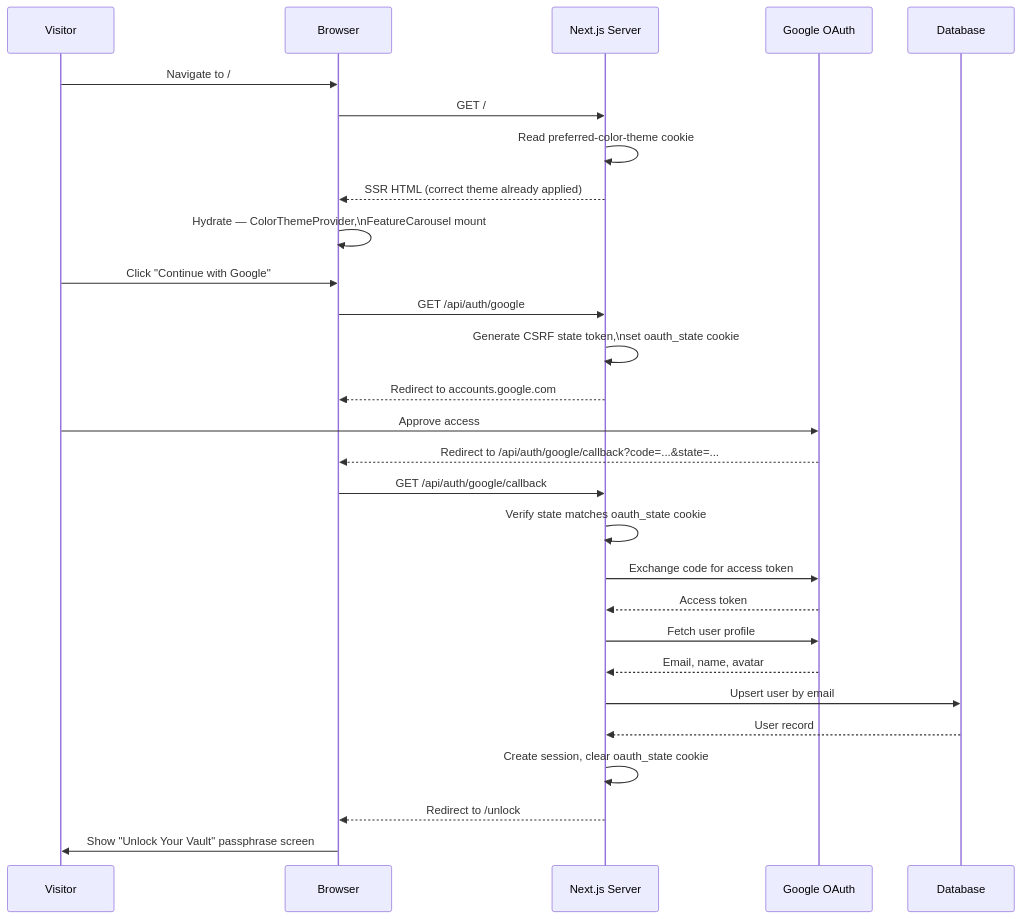
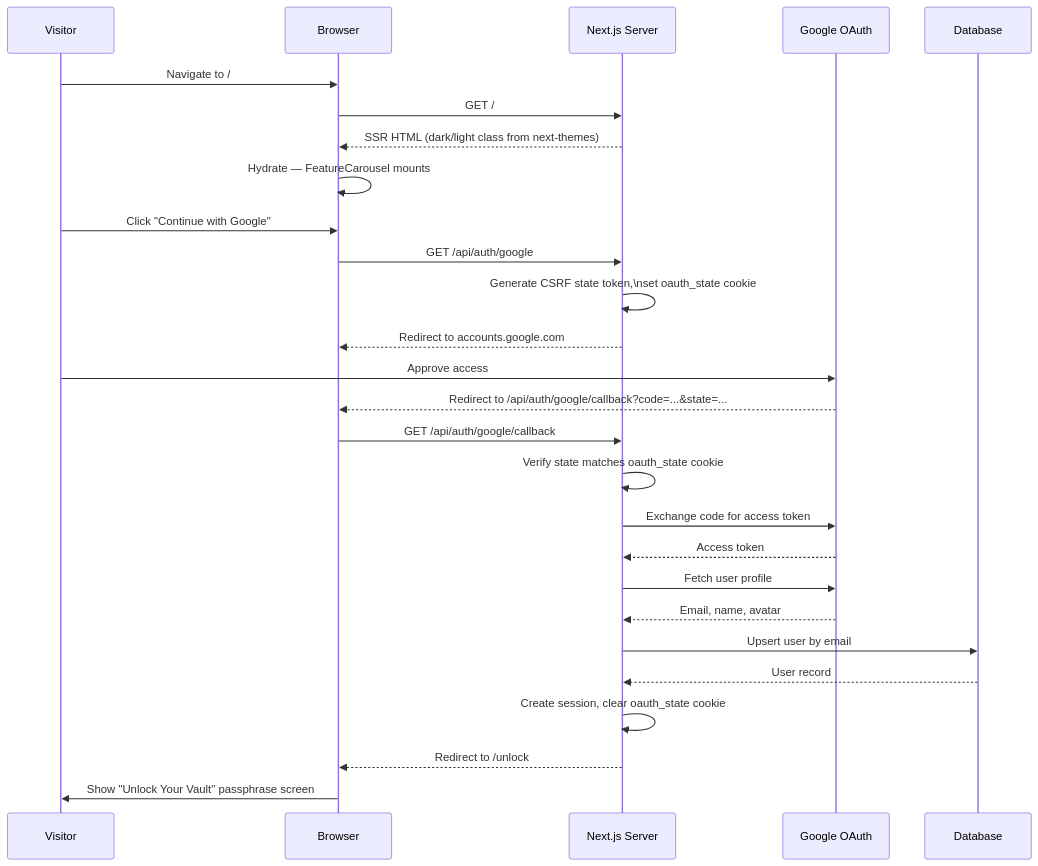
One commit to rahulsingh2k10/WealthVault changed the second of 2 diagrams in frontend/docs/superpowers/screens/01 Landing Page.md. Above: the diagram before and after it, drawn with Mermaid. The commit also changed other lines of this file and 10 other files, not shown here.

Commit message:
Remove 9-color landing page theme system, revert to shared dark/light background

````diff
--- a/frontend/docs/superpowers/screens/01 Landing Page.md
+++ b/frontend/docs/superpowers/screens/01 Landing Page.md
@@ -167,33 +171,32 @@
 ```mermaid
 sequenceDiagram
     participant U as Visitor
     participant B as Browser
     participant S as Next.js Server
     participant G as Google OAuth
     participant DB as Database
 
     U->>B: Navigate to /
     B->>S: GET /
-    S->>S: Read preferred-color-theme cookie
-    S-->>B: SSR HTML (correct theme already applied)
-    B->>B: Hydrate — ColorThemeProvider,\nFeatureCarousel mount
+    S-->>B: SSR HTML (dark/light class from next-themes)
+    B->>B: Hydrate — FeatureCarousel mounts
 
     U->>B: Click "Continue with Google"
     B->>S: GET /api/auth/google
     S->>S: Generate CSRF state token,\nset oauth_state cookie
     S-->>B: Redirect to accounts.google.com
 
     U->>G: Approve access
     G-->>B: Redirect to /api/auth/google/callback?code=...&state=...
     B->>S: GET /api/auth/google/callback
     S->>S: Verify state matches oauth_state cookie
     S->>G: Exchange code for access token
     G-->>S: Access token
     S->>G: Fetch user profile
     G-->>S: Email, name, avatar
     S->>DB: Upsert user by email
     DB-->>S: User record
     S->>S: Create session, clear oauth_state cookie
     S-->>B: Redirect to /unlock
     B->>U: Show "Unlock Your Vault" passphrase screen
 ```
````
